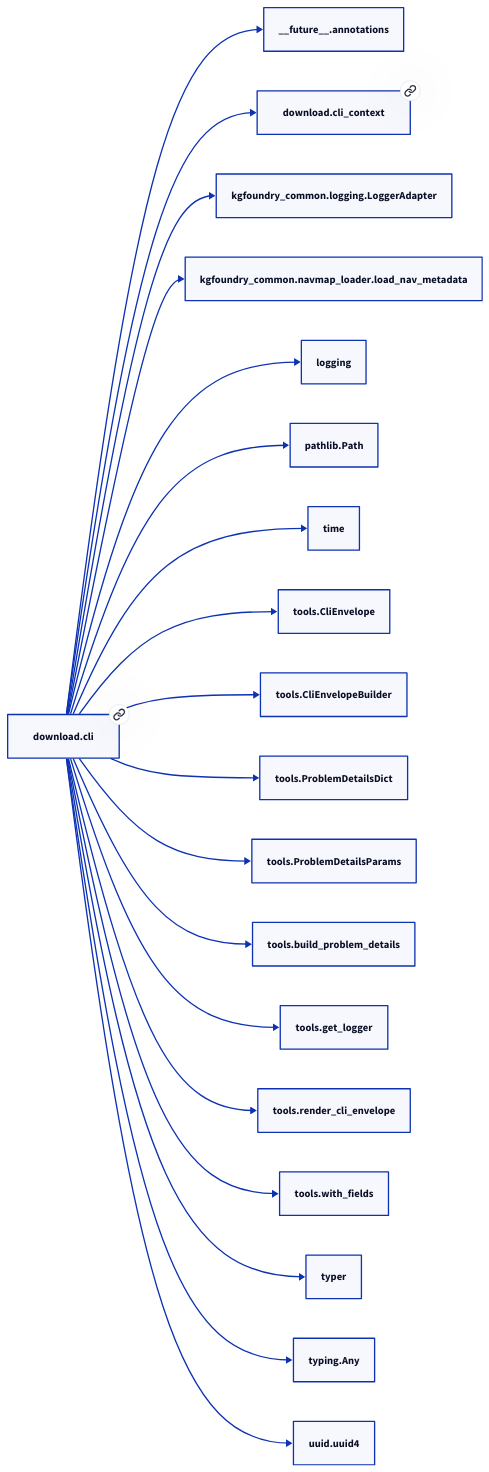
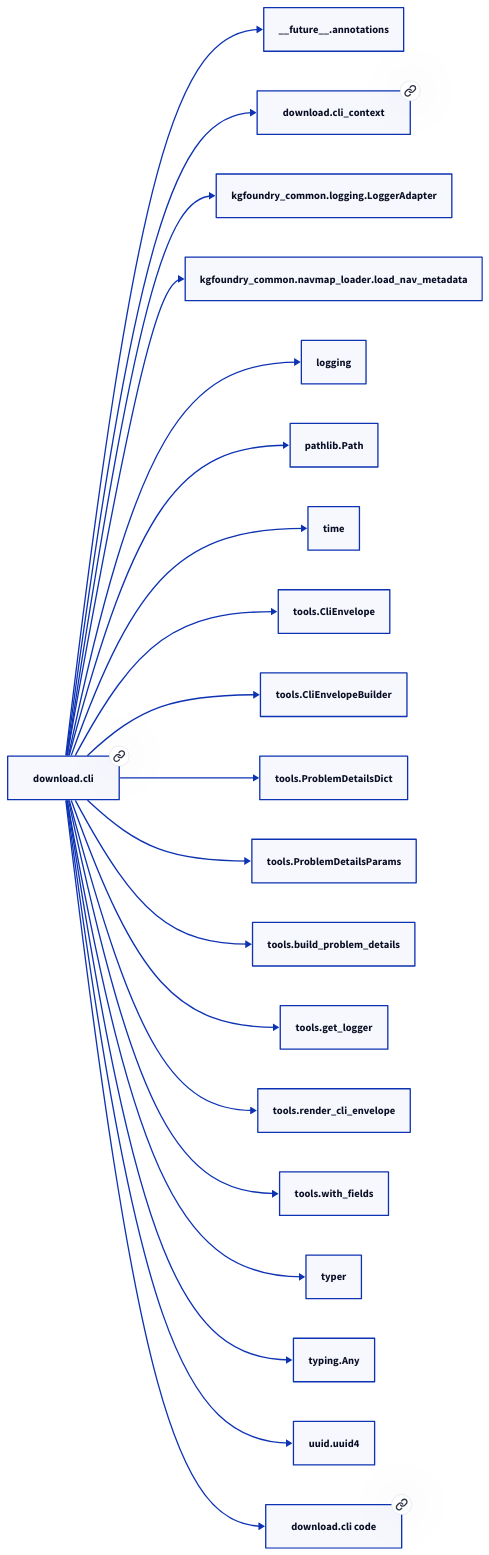
The diagram in docs/modules/download/cli.md (paul-heyse/kgforge), drawn with D2 before and after one commit. The commit also changed other lines of this file and 319 other files, not shown here.

````diff
--- a/docs/modules/download/cli.md
+++ b/docs/modules/download/cli.md
@@ -49,40 +51,42 @@
 ```d2
 direction: right
-"download.cli": "download.cli" { link: "cli.md" }
+"download.cli": "download.cli" { link: "./download/cli.md" }
 "__future__.annotations": "__future__.annotations"
 "download.cli" -> "__future__.annotations"
-"download.cli_context": "download.cli_context" { link: "cli_context.md" }
+"download.cli_context": "download.cli_context" { link: "./download/cli_context.md" }
 "download.cli" -> "download.cli_context"
 "kgfoundry_common.logging.LoggerAdapter": "kgfoundry_common.logging.LoggerAdapter"
 "download.cli" -> "kgfoundry_common.logging.LoggerAdapter"
 "kgfoundry_common.navmap_loader.load_nav_metadata": "kgfoundry_common.navmap_loader.load_nav_metadata"
 "download.cli" -> "kgfoundry_common.navmap_loader.load_nav_metadata"
 "logging": "logging"
 "download.cli" -> "logging"
 "pathlib.Path": "pathlib.Path"
 "download.cli" -> "pathlib.Path"
 "time": "time"
 "download.cli" -> "time"
 "tools.CliEnvelope": "tools.CliEnvelope"
 "download.cli" -> "tools.CliEnvelope"
 "tools.CliEnvelopeBuilder": "tools.CliEnvelopeBuilder"
 "download.cli" -> "tools.CliEnvelopeBuilder"
 "tools.ProblemDetailsDict": "tools.ProblemDetailsDict"
 "download.cli" -> "tools.ProblemDetailsDict"
 "tools.ProblemDetailsParams": "tools.ProblemDetailsParams"
 "download.cli" -> "tools.ProblemDetailsParams"
 "tools.build_problem_details": "tools.build_problem_details"
 "download.cli" -> "tools.build_problem_details"
 "tools.get_logger": "tools.get_logger"
 "download.cli" -> "tools.get_logger"
 "tools.render_cli_envelope": "tools.render_cli_envelope"
 "download.cli" -> "tools.render_cli_envelope"
 "tools.with_fields": "tools.with_fields"
 "download.cli" -> "tools.with_fields"
 "typer": "typer"
 "download.cli" -> "typer"
 "typing.Any": "typing.Any"
 "download.cli" -> "typing.Any"
 "uuid.uuid4": "uuid.uuid4"
 "download.cli" -> "uuid.uuid4"
+"download.cli_code": "download.cli code" { link: "https://github.com/kgfoundry/kgfoundry/blob/main/src/download/cli.py" }
+"download.cli" -> "download.cli_code" { style: dashed }
 ```
````
